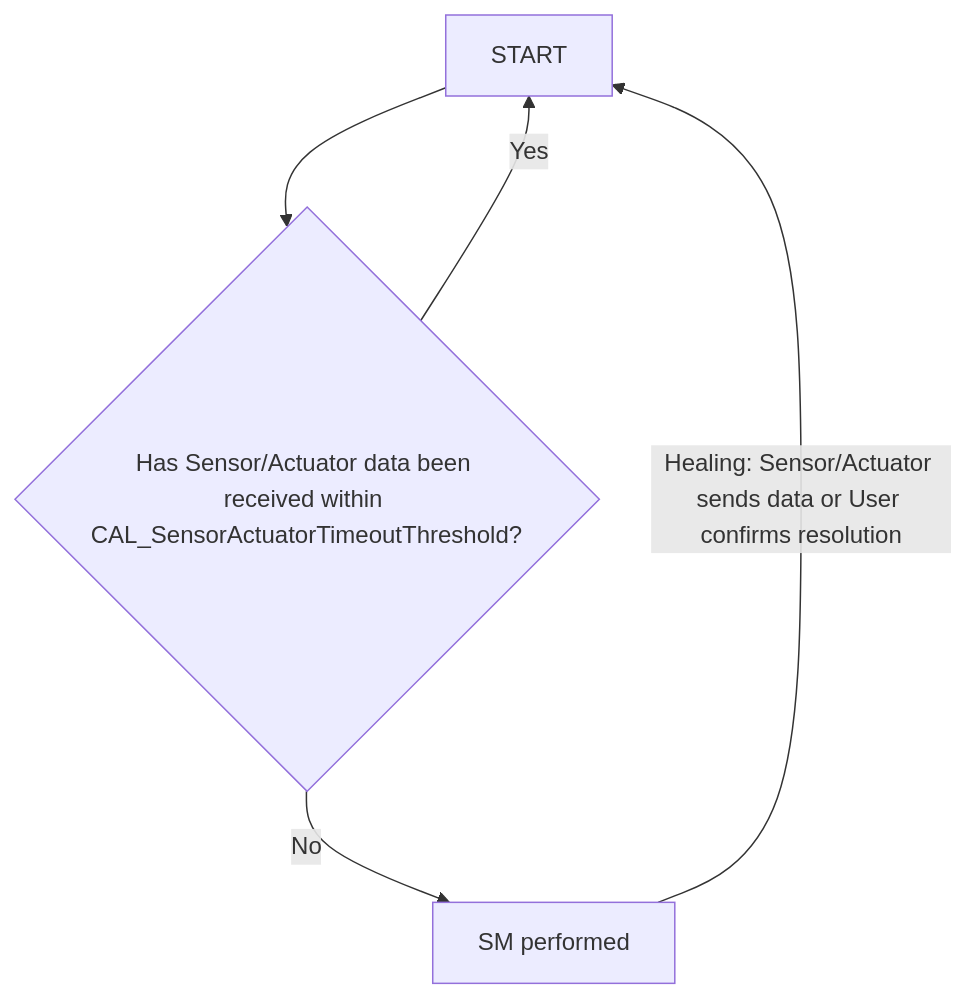
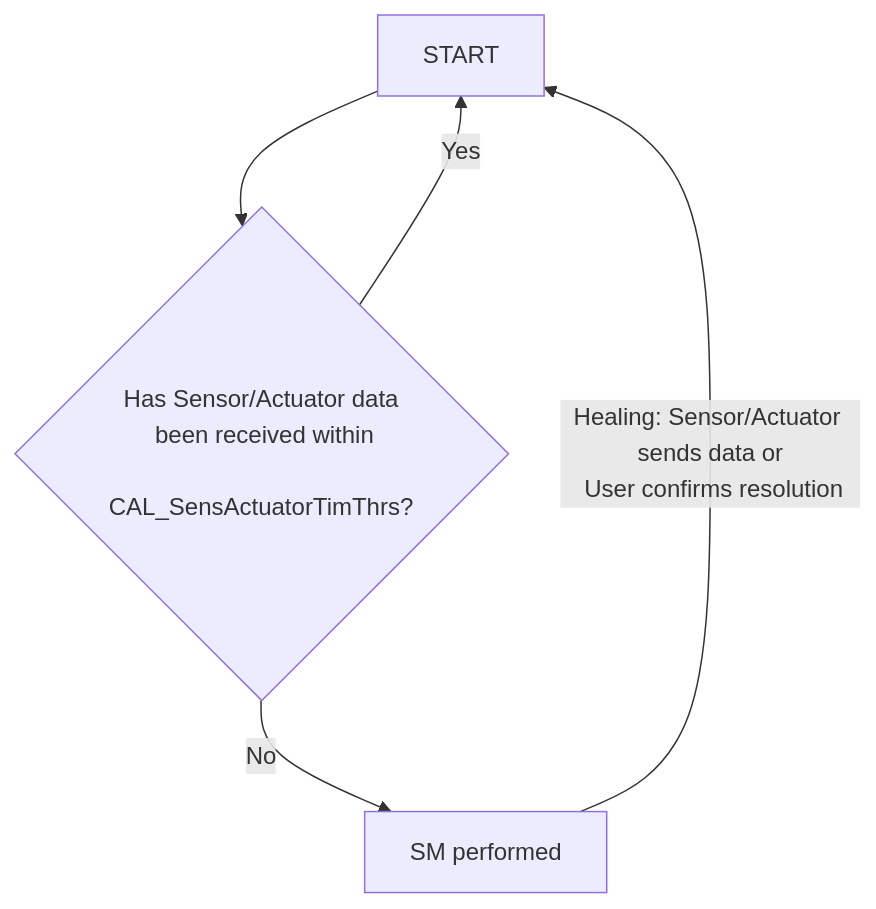
Before and after one commit to Arkaqius/SafetyComponent: diagram 20 of 34 in SafetyConcept/SafetyConcept - SYS.md, drawn with Mermaid. The commit also changed other lines of this file, not shown here.

Commit message:
fix widths of mermaid graphs

````diff
--- a/SafetyConcept/SafetyConcept - SYS.md
+++ b/SafetyConcept/SafetyConcept - SYS.md
@@ -562,8 +562,7 @@
 ```mermaid
 flowchart TD
-    A[START] -->| | B{Has Sensor/Actuator data been received within CAL_SensorActuatorTimeoutThreshold?}
+    A[START] -->| | B{Has Sensor/Actuator data\n been received within\n CAL_SensActuatorTimThrs?}
     B -->|Yes| A
     B -->|No| C[SM performed]
-    C -->|Healing: Sensor/Actuator sends data or User confirms resolution| A
-
+    C -->|Healing: Sensor/Actuator sends data or\n User confirms resolution| A
 ```
````
